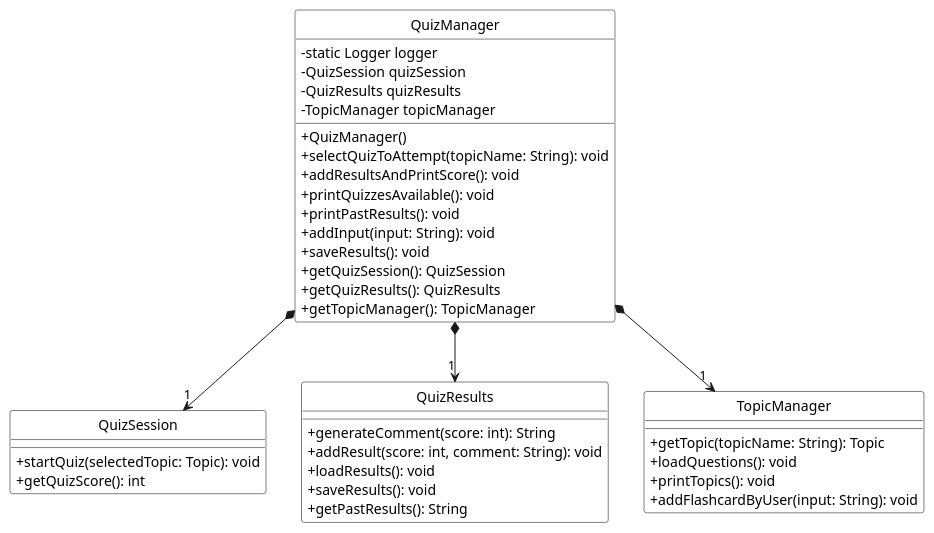
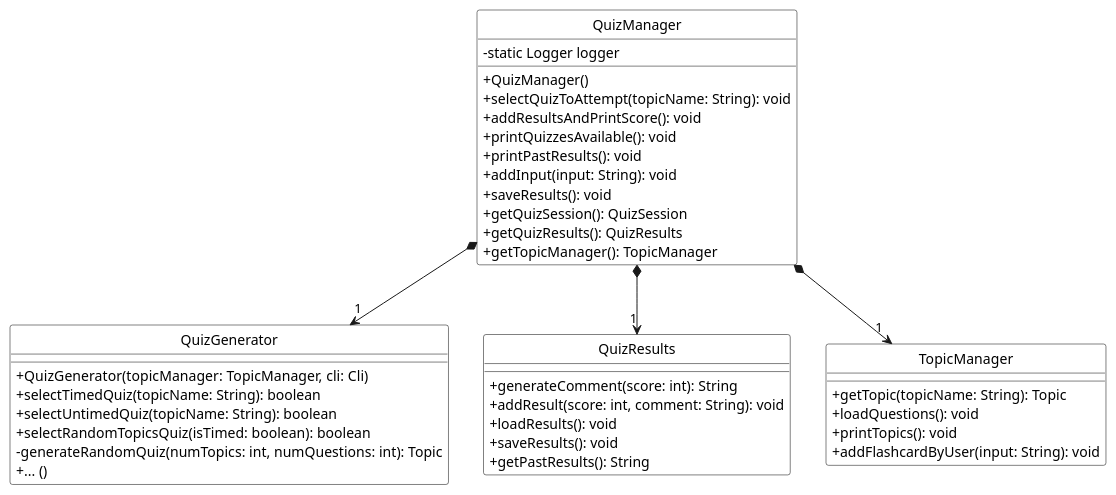
One commit to nus-cs2113-AY2425S1/tp changed the diagram in docs/UML/puml-files/QuizManager/QuizManagerClassDiagram.puml. Above: the diagram before and after it, drawn with PlantUML. The commit also changed 23 other files, not shown here.

```diff
--- a/docs/UML/puml-files/QuizManager/QuizManagerClassDiagram.puml
+++ b/docs/UML/puml-files/QuizManager/QuizManagerClassDiagram.puml
@@ -1,53 +1,54 @@
 @startuml
 
 hide circle
 skinparam classAttributeIconSize 0
 skinparam class {
     BackgroundColor White
     BorderColor Black
     FontColor Black
 }
 
 class QuizManager {
     - static Logger logger
-    - QuizSession quizSession
-    - QuizResults quizResults
-    - TopicManager topicManager
+
     + QuizManager()
     + selectQuizToAttempt(topicName: String): void
     + addResultsAndPrintScore(): void
     + printQuizzesAvailable(): void
     + printPastResults(): void
     + addInput(input: String): void
     + saveResults(): void
     + getQuizSession(): QuizSession
     + getQuizResults(): QuizResults
     + getTopicManager(): TopicManager
 }
 
-class QuizSession {
-    + startQuiz(selectedTopic: Topic): void
-    + getQuizScore(): int
+class QuizGenerator {
+    + QuizGenerator(topicManager: TopicManager, cli: Cli)
+    + selectTimedQuiz(topicName: String): boolean
+    + selectUntimedQuiz(topicName: String): boolean
+    + selectRandomTopicsQuiz(isTimed: boolean): boolean
+    - generateRandomQuiz(numTopics: int, numQuestions: int): Topic
+    + ... ()
 }
 
 class QuizResults {
     + generateComment(score: int): String
     + addResult(score: int, comment: String): void
     + loadResults(): void
     + saveResults(): void
     + getPastResults(): String
 }
 
 class TopicManager {
     + getTopic(topicName: String): Topic
     + loadQuestions(): void
     + printTopics(): void
     + addFlashcardByUser(input: String): void
 }
 
-QuizManager *--> "1" QuizSession
+QuizManager *--> "1" QuizGenerator
 QuizManager *--> "1" QuizResults
 QuizManager *--> "1" TopicManager
 
-
 @enduml
```
